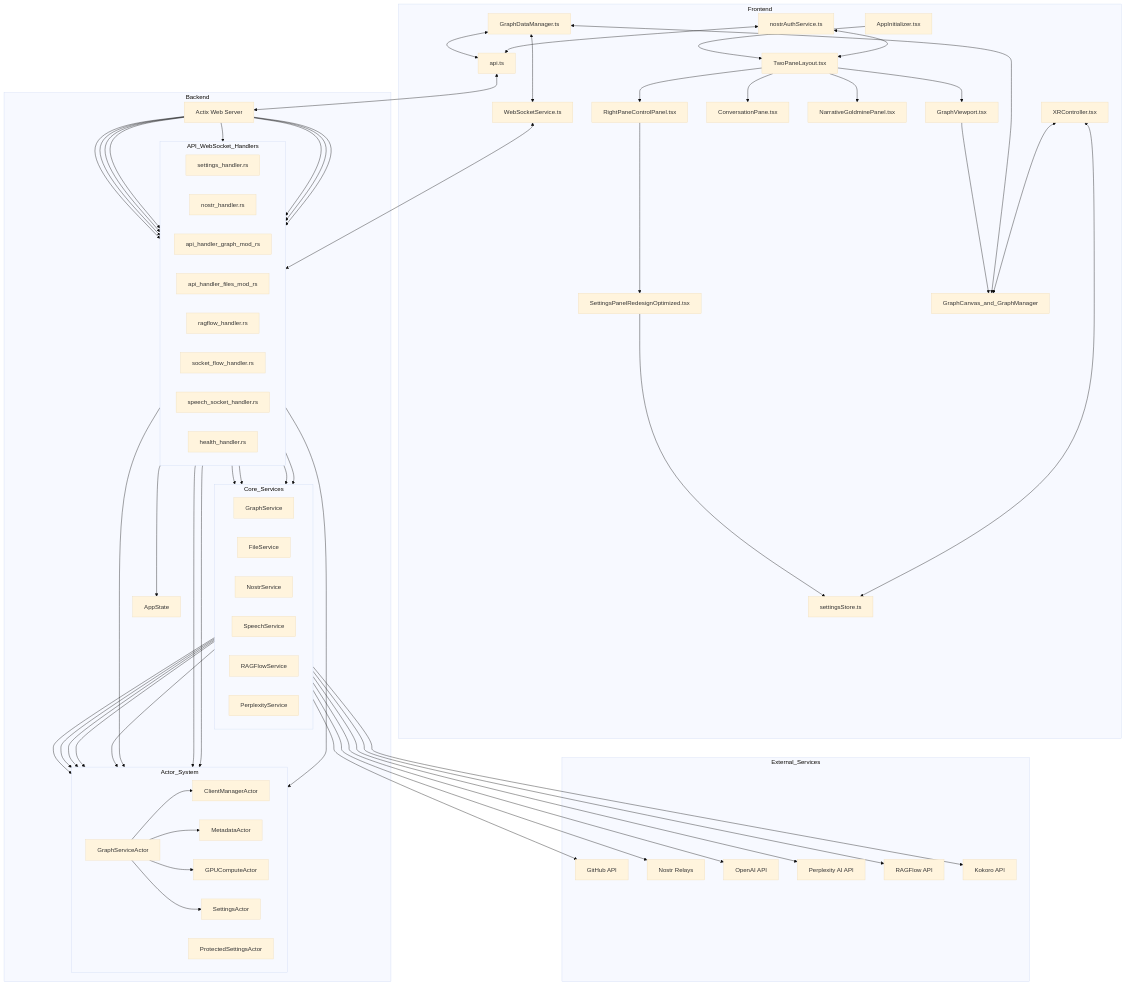
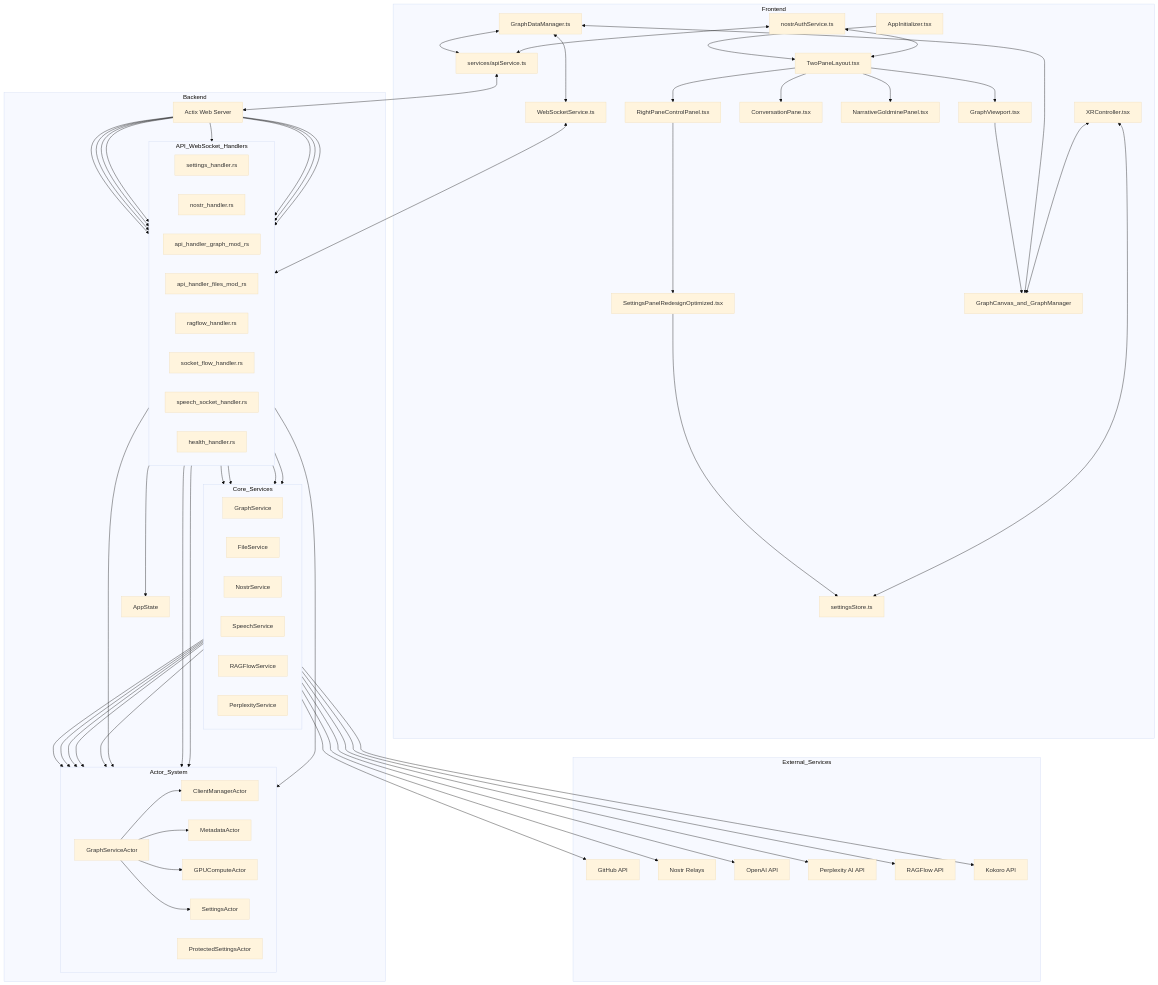
The first of 9 diagrams in docs/architecture/system-overview.md (DreamLab-AI/VisionFlow), drawn with Mermaid (base theme) before and after one commit. The commit also changed other lines of this file and 69 other files, not shown here.

```diff
--- a/docs/architecture/system-overview.md
+++ b/docs/architecture/system-overview.md
@@ -25,7 +25,7 @@
 
         DataManager["GraphDataManager.ts"] <--> RenderingEngine
         DataManager <--> WebSocketClient["WebSocketService.ts"]
-        DataManager <--> APIService["api.ts"]
+        DataManager <--> APIService["services/apiService.ts"]
 
         NostrAuthClient["nostrAuthService.ts"] <--> APIService
         NostrAuthClient <--> UIMain
```
